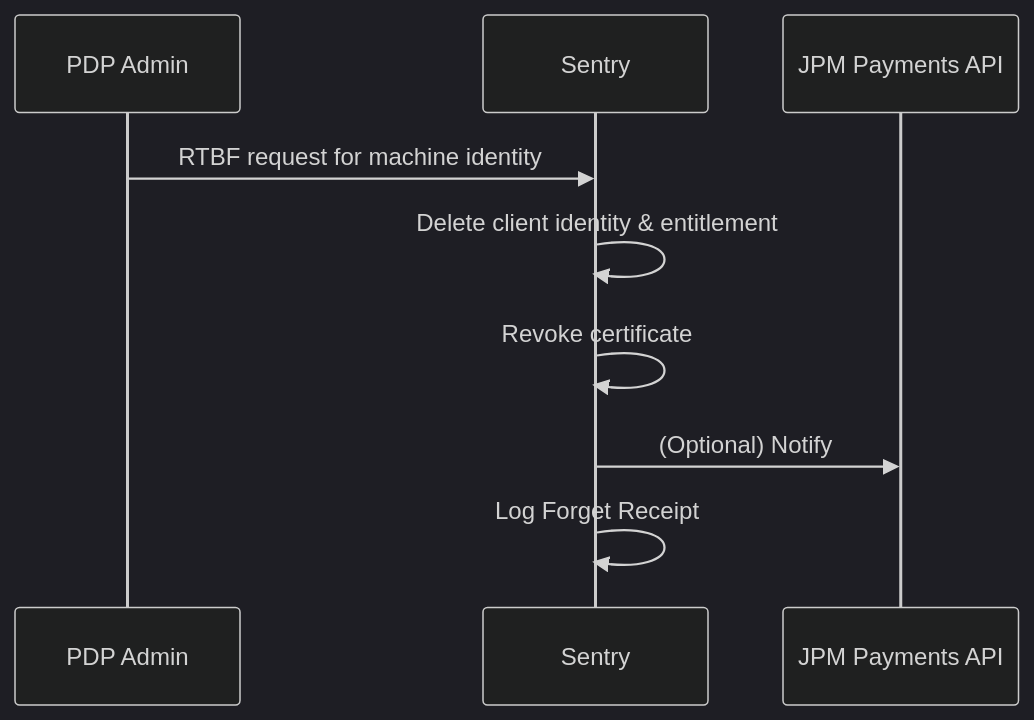
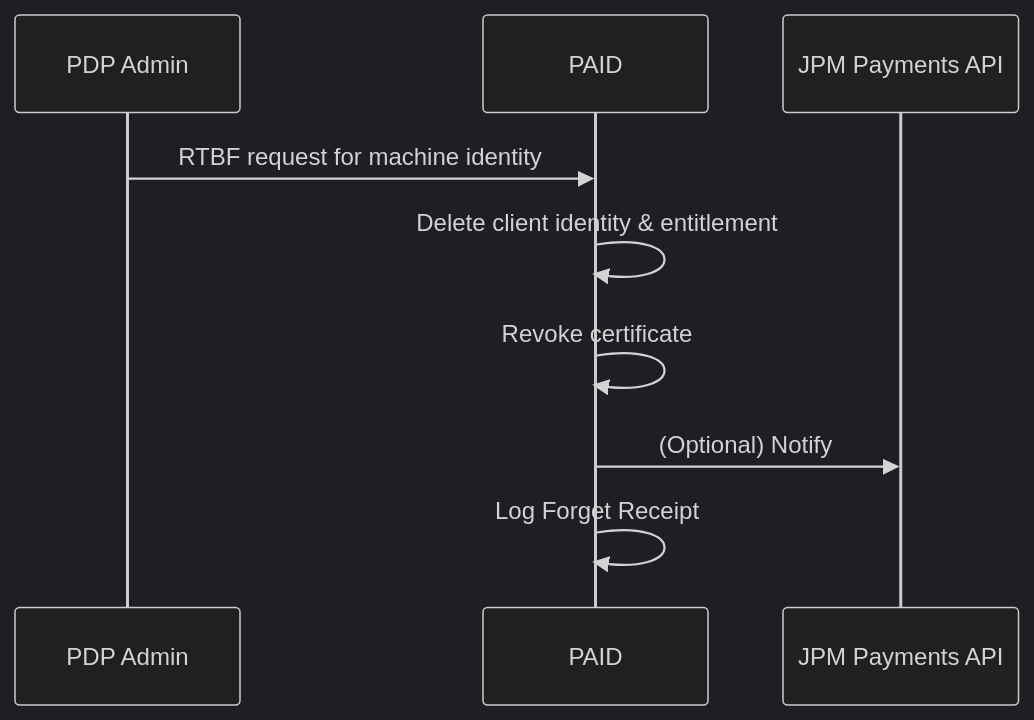
One commit to ahmedHanie93/Personal-projects changed the third of 5 diagrams in Design/designs/userRemoval.md. Above: the diagram before and after it, drawn with Mermaid (dark theme). The commit also changed other lines of this file and 4 other files, not shown here.

````diff
--- a/Design/designs/userRemoval.md
+++ b/Design/designs/userRemoval.md
@@ -110,12 +110,12 @@
 ```mermaid
 sequenceDiagram
     participant PDP Admin
-    participant Sentry
+    participant PAID
     participant JPM Payments API
 
-    PDP Admin->>Sentry: RTBF request for machine identity
-    Sentry->>Sentry: Delete client identity & entitlement
-    Sentry->>Sentry: Revoke certificate
-    Sentry->>JPM Payments API: (Optional) Notify
-    Sentry->>Sentry: Log Forget Receipt
+    PDP Admin->>PAID: RTBF request for machine identity
+    PAID->>PAID: Delete client identity & entitlement
+    PAID->>PAID: Revoke certificate
+    PAID->>JPM Payments API: (Optional) Notify
+    PAID->>PAID: Log Forget Receipt
 ```
````
